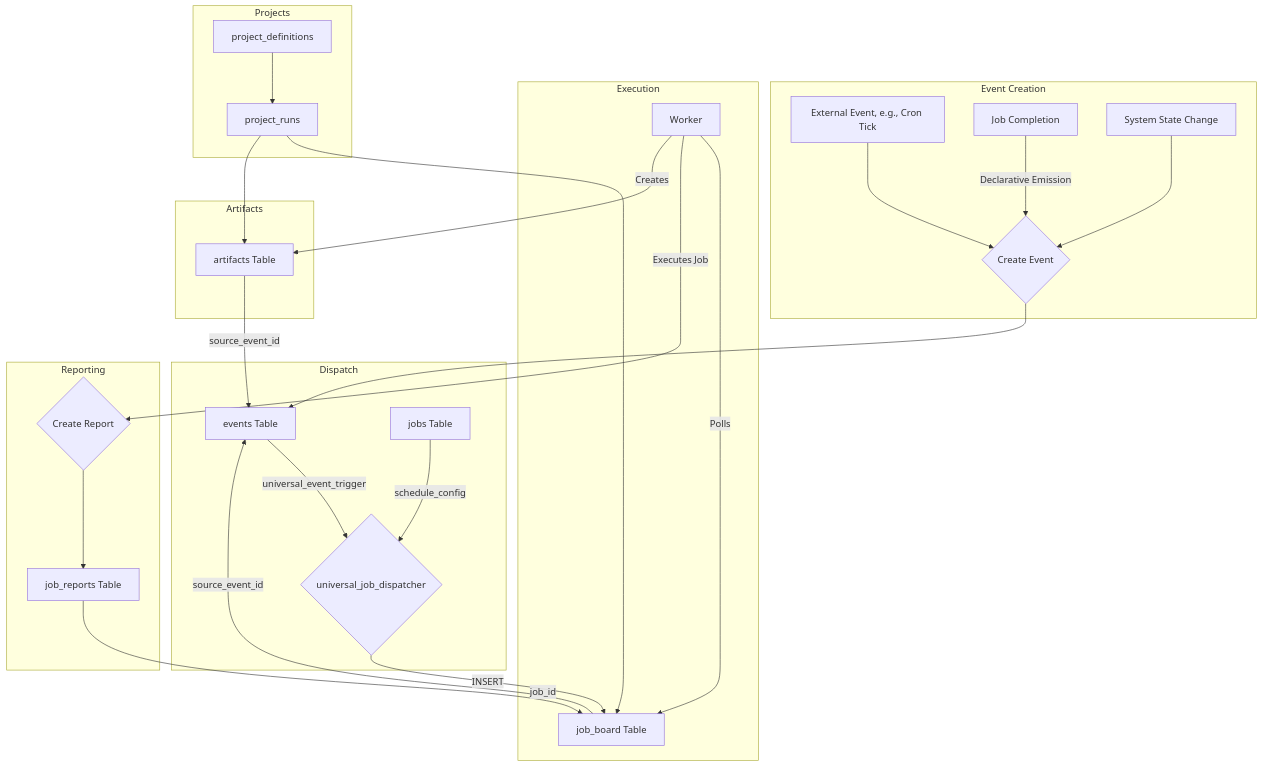
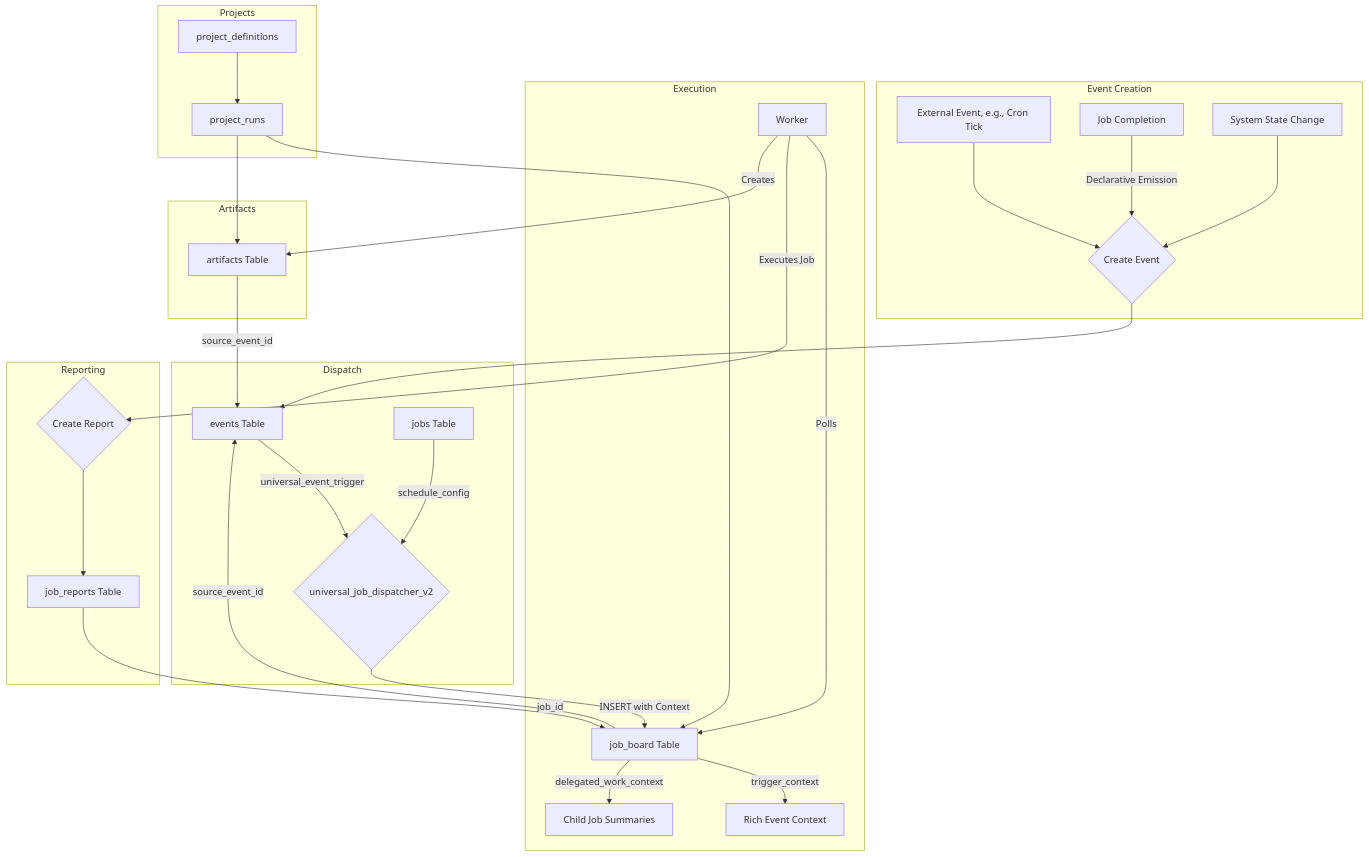
Before and after one commit to Jinn-Network/jinn-gemini: the diagram in docs/documentation/DATABASE_MAP.md, drawn with Mermaid. The commit also changed other lines of this file and 15 other files, not shown here.

First line of the commit message:
refactor: enhance context management and job handling in agent system

````diff
--- a/docs/documentation/DATABASE_MAP.md
+++ b/docs/documentation/DATABASE_MAP.md
@@ -296,37 +321,39 @@
 ```mermaid
 graph TD
     subgraph Event Creation
         A[External Event, e.g., Cron Tick] --> B{Create Event};
         C[Job Completion] -- Declarative Emission --> B;
         D[System State Change] --> B;
     end
 
     subgraph Dispatch
         B --> E[events Table];
-        E -- universal_event_trigger --> F{universal_job_dispatcher};
+        E -- universal_event_trigger --> F{universal_job_dispatcher_v2};
         G[jobs Table] -- schedule_config --> F;
     end
     
     subgraph Execution
-        F -- INSERT --> H[job_board Table];
+        F -- INSERT with Context --> H[job_board Table];
         H -- source_event_id --> E;
-        I[Worker] -- Polls --> H;
+        H -- trigger_context --> I[Rich Event Context];
+        H -- delegated_work_context --> J[Child Job Summaries];
+        K[Worker] -- Polls --> H;
     end
     
     subgraph Reporting
-        I -- Executes Job --> J{Create Report};
-        J --> K[job_reports Table];
-        K -- job_id --> H;
+        K -- Executes Job --> L{Create Report};
+        L --> M[job_reports Table];
+        M -- job_id --> H;
     end
     
     subgraph Artifacts
-        I -- Creates --> L[artifacts Table];
-        L -- source_event_id --> E;
+        K -- Creates --> N[artifacts Table];
+        N -- source_event_id --> E;
     end
     
     subgraph Projects
-        M[project_definitions] --> N[project_runs];
-        N --> H;
-        N --> L;
+        O[project_definitions] --> P[project_runs];
+        P --> H;
+        P --> N;
     end
 ```
````
